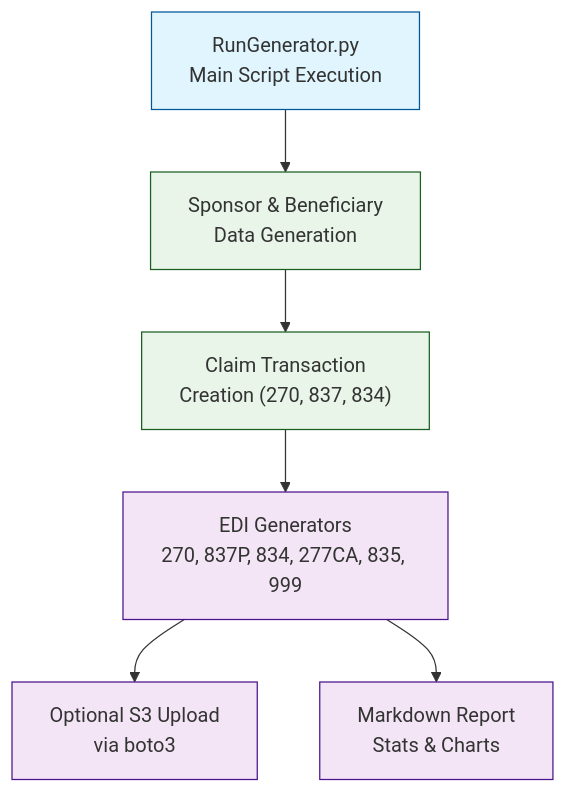
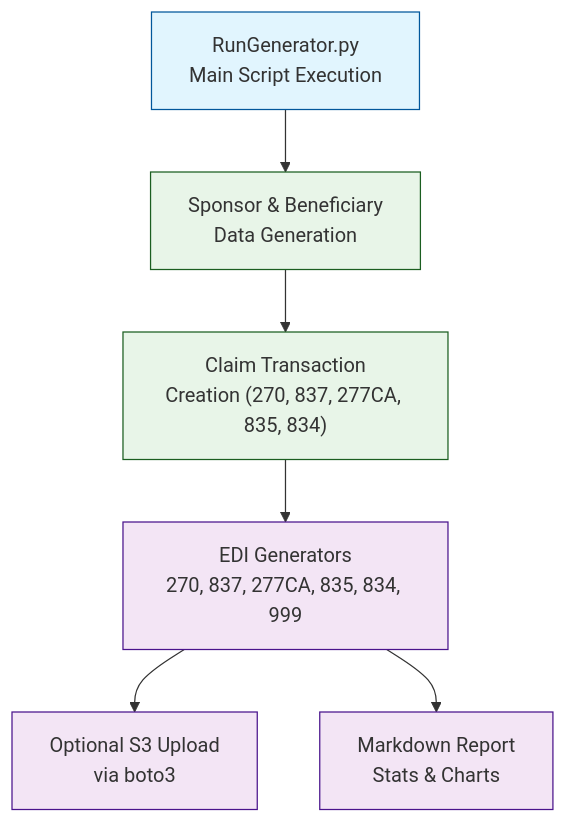
One commit to dhagan-va/intern-2025 changed the diagram in test-tools/DataGen/README.md. Above: the diagram before and after it, drawn with Mermaid. The commit also changed 1 other file, not shown here.

Commit message:
readme update

````diff
--- a/test-tools/DataGen/README.md
+++ b/test-tools/DataGen/README.md
@@ -5,23 +5,23 @@
 ```mermaid
 graph TD
     Generator["RunGenerator.py<br/>Main Script Execution"]
     SponsorGen["Sponsor & Beneficiary<br/>Data Generation"]
-    ClaimGen["Claim Transaction<br/>Creation (270, 837, 834)"]
-    EDIGen["EDI Generators<br/>270, 837P, 834, 277CA, 835, 999"]
+    ClaimGen["Claim Transaction<br/>Creation (270, 837, 277CA, 835, 834)"]
+    EDIGen["EDI Generators<br/>270, 837, 277CA, 835, 834, 999"]
     S3Upload["Optional S3 Upload<br/>via boto3"]
     Markdown["Markdown Report<br/>Stats & Charts"]
 
     Generator --> SponsorGen
     SponsorGen --> ClaimGen
     ClaimGen --> EDIGen
     EDIGen --> S3Upload
     EDIGen --> Markdown
 
     classDef gen fill:#e1f5fe,stroke:#01579b
     classDef edi fill:#f3e5f5,stroke:#4a148c
     classDef data fill:#e8f5e8,stroke:#1b5e20
 
     class Generator gen
     class SponsorGen,ClaimGen data
     class EDIGen,S3Upload,Markdown edi
 ```
````
